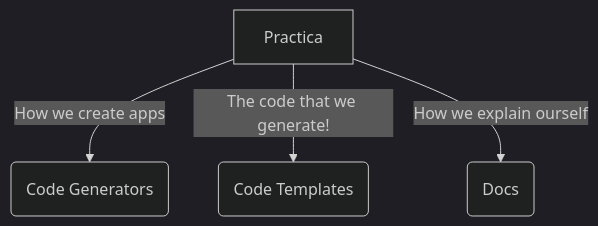
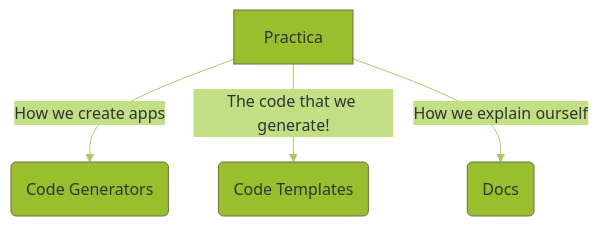
The first of 4 diagrams in CONTRIBUTING.md (practicajs/practica), drawn with Mermaid before and after one commit. The commit also changed other lines of this file and 1 other file, not shown here.

Commit message:
changed theme to fit dark and light mode

````diff
--- a/CONTRIBUTING.md
+++ b/CONTRIBUTING.md
@@ -60,9 +60,9 @@
 ```mermaid
-%%{init: {'theme': 'dark', 'themeVariables': { 'darkMode':'true', 'primaryColor': '#ff0000', 'fontWeight': 'bold', 'fontFamily': 'comfortaa, Roboto'}}}%%
+%%{init: {'theme': 'base', 'themeVariables': {'primaryColor':'#99BF2C','secondaryColor':'#C2DF84','lineColor':'#ABCA64','fontWeight': 'bold', 'fontFamily': 'comfortaa, Roboto'}}}%%
 graph
       A[Practica] -->|How we create apps| B(Code Generators)
       A -->|The code that we generate!| C(Code Templates)
       A -->|How we explain ourself| D(Docs)
 
 
 ```
````
